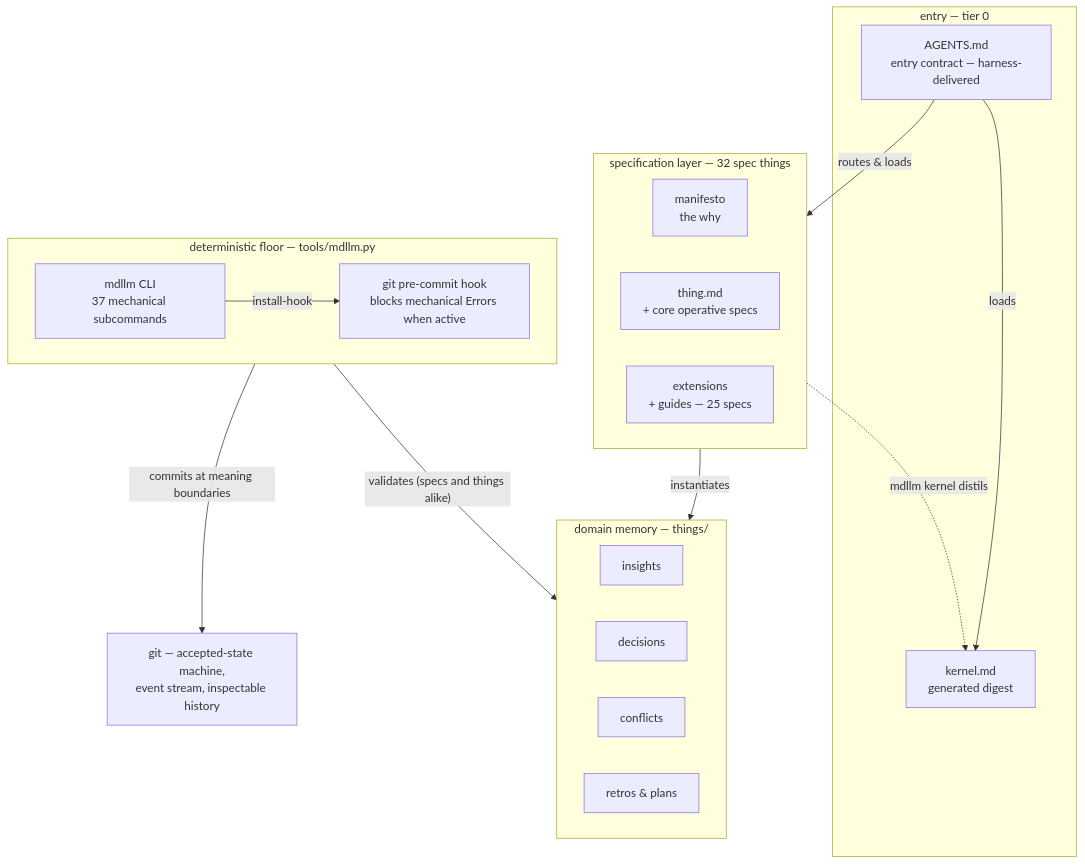
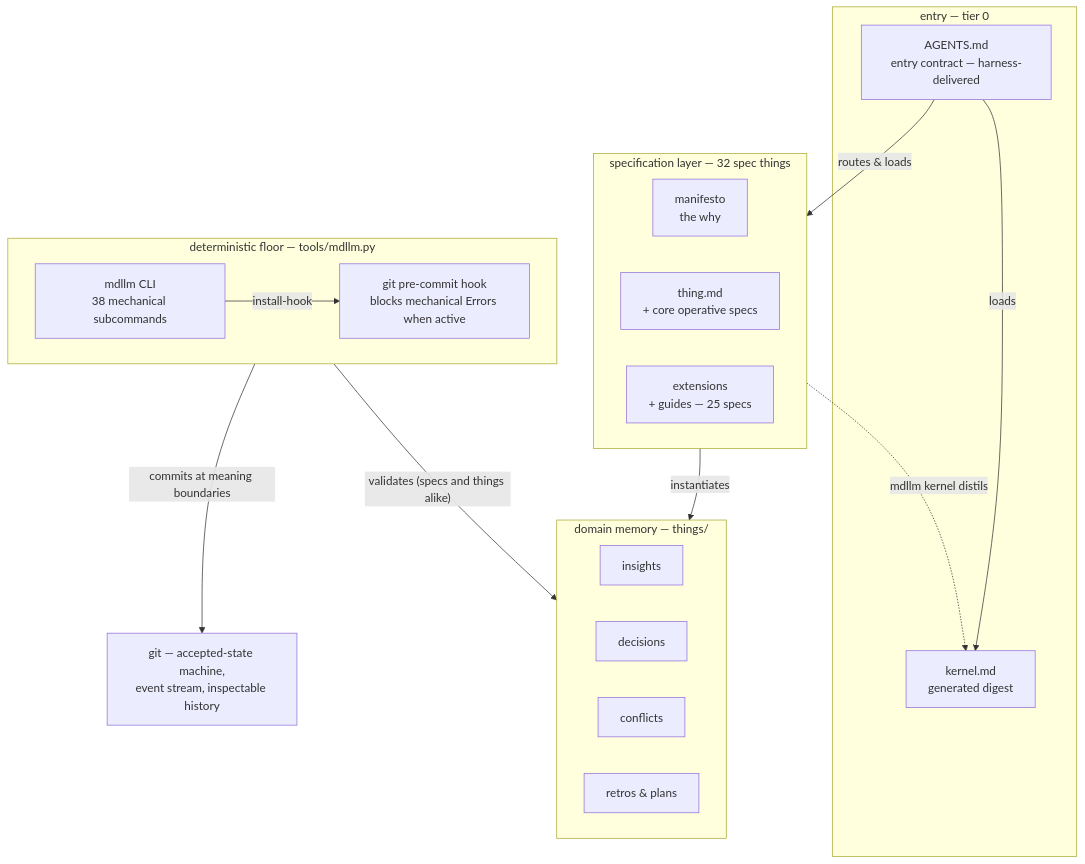
One commit to JanoshMoshiri/MarkdownLLM changed the first of 5 diagrams in docs/framework-map.md. Above: the diagram before and after it, drawn with Mermaid. The commit also changed other lines of this file and 13 other files, not shown here.

````diff
--- a/docs/framework-map.md
+++ b/docs/framework-map.md
@@ -63,49 +63,49 @@
 ```mermaid
 flowchart TD
     accTitle: View 1 - the five bands of the framework, read top-down as a session's life
     accDescr {
         Five stacked bands. The entry band, tier 0, holds AGENTS.md as the
         harness-delivered entry contract and kernel.md as a generated digest. Below
         it the specification layer holds 32 spec things: the manifesto for the
         why, thing.md with the core operative specs, and 25 extension and guide
         specs. Below that, domain memory in the things directory holds insights,
         decisions, conflicts, retrospectives and plans. Below that, the
-        deterministic floor is tools/mdllm.py, providing the mdllm CLI with 37
+        deterministic floor is tools/mdllm.py, providing the mdllm CLI with 38
         mechanical subcommands and a git pre-commit hook that, when current and
         runnable, blocks commits with mechanical Errors. At the base, git is
         the accepted-state machine, event stream and inspectable audit aid.
         The edges run as follows. AGENTS.md loads the kernel and routes
         to the specs. The specs distil back up into the kernel via mdllm
         kernel, which is why that one edge points upward. The specs instantiate
         domain memory. The CLI installs the hook. The floor validates memory,
         specs and things alike, and commits at meaning boundaries into git.
     }
     subgraph entry ["entry — tier 0"]
         AGENTS["AGENTS.md<br/>entry contract — harness-delivered"]
         KERNEL["kernel.md<br/>generated digest"]
     end
     subgraph specs ["specification layer — 32 spec things"]
         MANIFESTO["manifesto<br/>the why"]
         THING["thing.md<br/>+ core operative specs"]
         EXT["extensions<br/>+ guides — 25 specs"]
     end
     subgraph memory ["domain memory — things/"]
         INSIGHTS["insights"]
         DECISIONS["decisions"]
         CONFLICTS["conflicts"]
         RETROS["retros & plans"]
     end
     subgraph floor ["deterministic floor — tools/mdllm.py"]
-        MDLLM["mdllm CLI<br/>37 mechanical subcommands"]
+        MDLLM["mdllm CLI<br/>38 mechanical subcommands"]
         HOOK["git pre-commit hook<br/>blocks mechanical Errors when active"]
     end
     GIT["git — accepted-state machine,<br/>event stream, inspectable history"]
 
     AGENTS -->|loads| KERNEL
     AGENTS -->|routes & loads| specs
     specs -.->|"mdllm kernel distils"| KERNEL
     specs -->|instantiates| memory
     MDLLM -->|install-hook| HOOK
     floor -->|"validates (specs and things alike)"| memory
     floor -->|commits at meaning boundaries| GIT
 ```
````
